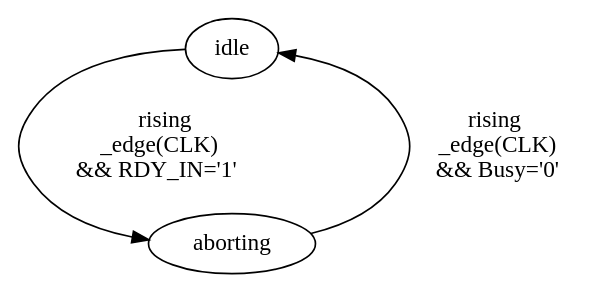
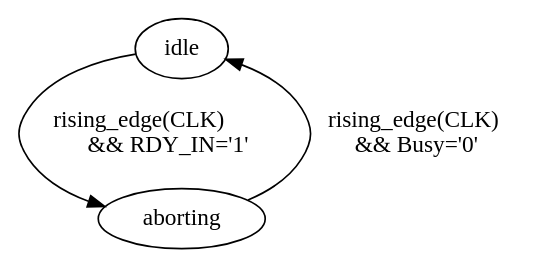
The diagram in final-docs/delayer_state_machine.dot (Byczax/UCISW2), drawn with Graphviz before and after one commit. The commit also changed 3 other files, not shown here.

```diff
--- a/final-docs/delayer_state_machine.dot
+++ b/final-docs/delayer_state_machine.dot
@@ -1,8 +1,6 @@
 digraph G {
-  idle -> aborting [label="rising                 
-  _edge(CLK)                    
-  && RDY_IN='1'                     "];
-  aborting -> idle [label="rising
-  _edge(CLK)
+  idle -> aborting [label="rising_edge(CLK)         
+  && RDY_IN='1'"];
+  aborting -> idle [label="rising_edge(CLK)
   && Busy='0'"];
 }
```
